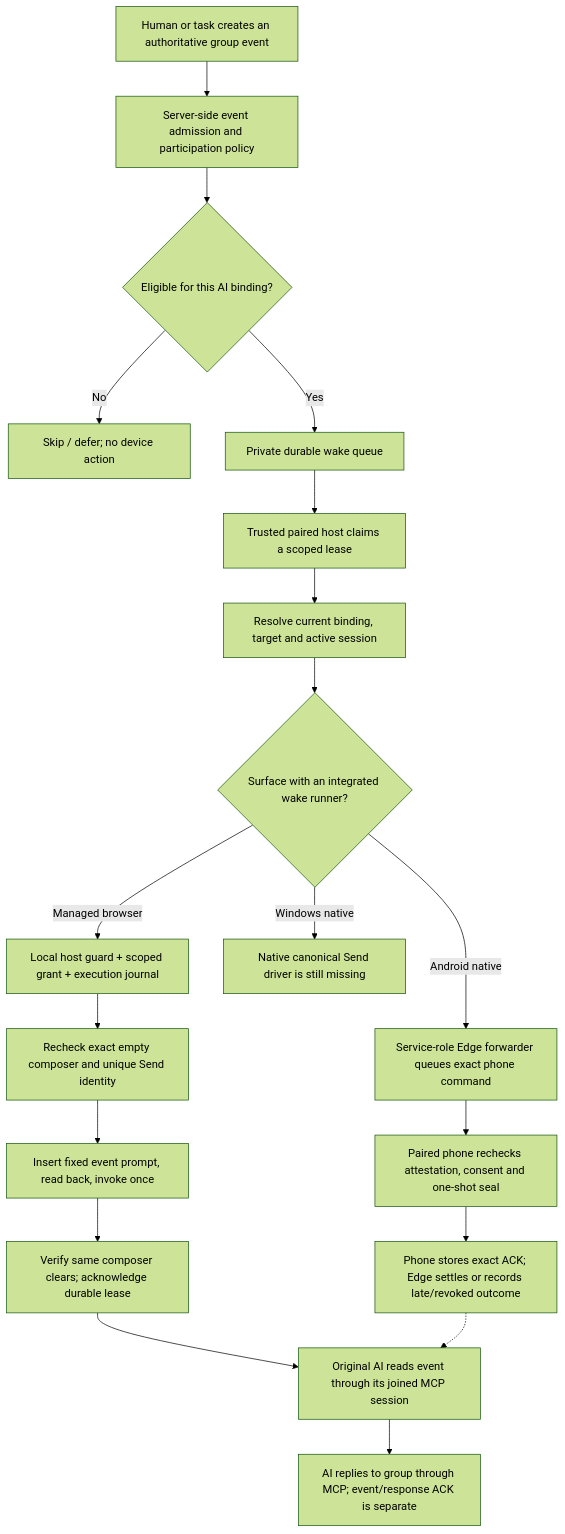
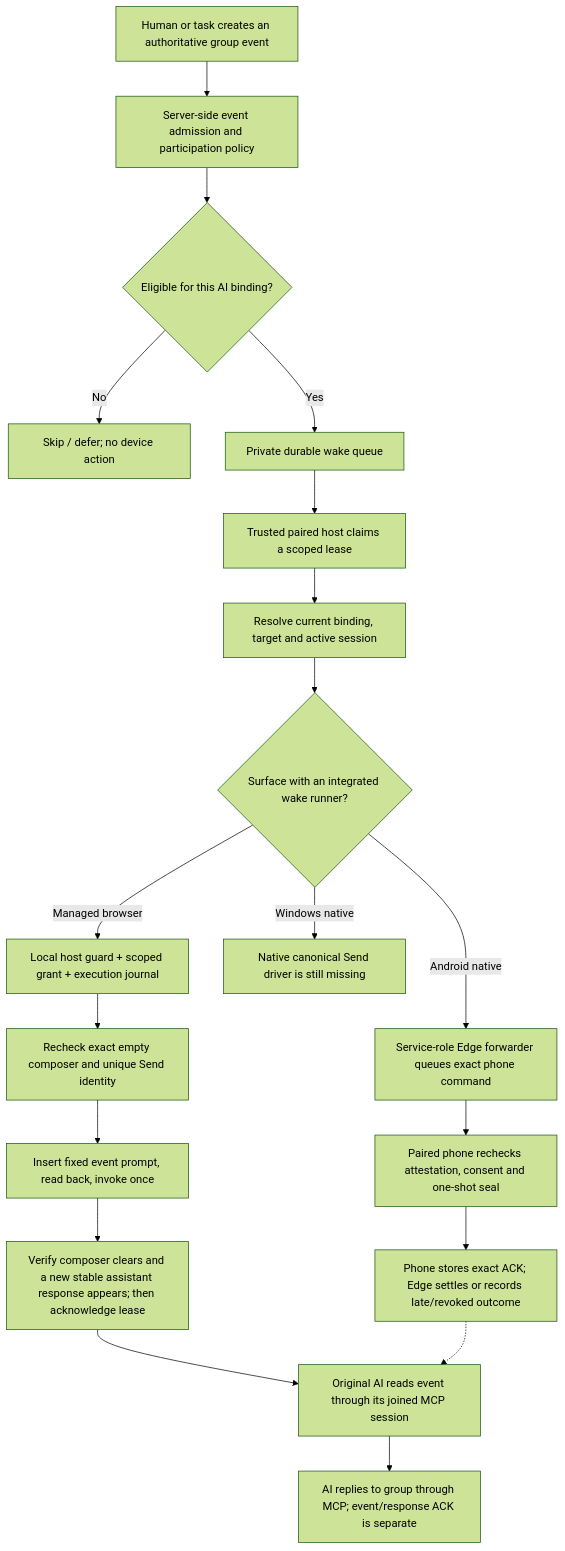
Before and after one commit to abdulrazaqafolarin-droid/Rub-minds: the diagram in docs/BACKROOM_GROUP_TO_COMPOSER_WAKE_FLOW.md, drawn with Mermaid (forest theme). The commit also changed other lines of this file and 3 other files, not shown here.

Commit message:
fix(backroom): require stable provider response after browser wake

````diff
--- a/docs/BACKROOM_GROUP_TO_COMPOSER_WAKE_FLOW.md
+++ b/docs/BACKROOM_GROUP_TO_COMPOSER_WAKE_FLOW.md
@@ -23,21 +23,21 @@
 ```mermaid
 flowchart TD
     A["Human or task creates an authoritative group event"] --> B["Server-side event admission and participation policy"]
     B --> C{"Eligible for this AI binding?"}
     C -->|No| X["Skip / defer; no device action"]
     C -->|Yes| D["Private durable wake queue"]
     D --> E["Trusted paired host claims a scoped lease"]
     E --> F["Resolve current binding, target and active session"]
     F --> G{"Surface with an integrated wake runner?"}
     G -->|Managed browser| H["Local host guard + scoped grant + execution journal"]
     G -->|Android native| I["Service-role Edge forwarder queues exact phone command"]
     G -->|Windows native| J["Native canonical Send driver is still missing"]
     H --> K["Recheck exact empty composer and unique Send identity"]
     K --> L["Insert fixed event prompt, read back, invoke once"]
-    L --> M["Verify same composer clears; acknowledge durable lease"]
+    L --> M["Verify composer clears and a new stable assistant response appears; then acknowledge lease"]
     I --> N["Paired phone rechecks attestation, consent and one-shot seal"]
     N --> O["Phone stores exact ACK; Edge settles or records late/revoked outcome"]
     M --> P["Original AI reads event through its joined MCP session"]
     P --> Q["AI replies to group through MCP; event/response ACK is separate"]
     O -.-> P
 ```
````
